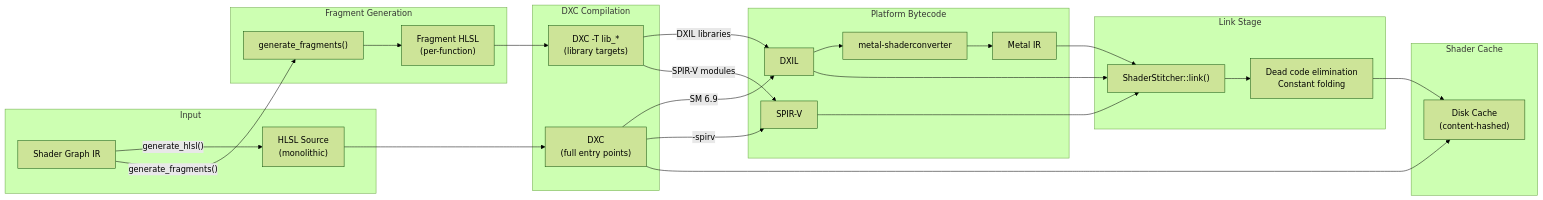
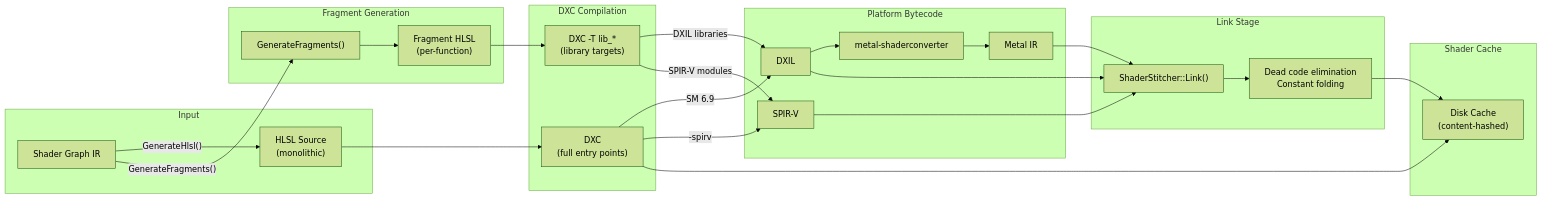
Before and after one commit to harmonius-dev/harmonius: the third of 10 diagrams in docs/design/shader-pipeline.md, drawn with Mermaid (forest theme). The commit also changed other lines of this file and 67 other files, not shown here.

````diff
--- a/docs/design/shader-pipeline.md
+++ b/docs/design/shader-pipeline.md
@@ -219,50 +209,50 @@
 ```mermaid
 flowchart LR
     subgraph input["Input"]
         HLSL["HLSL Source<br/>(monolithic)"]
         SG_IR["Shader Graph IR"]
     end
 
     subgraph fragment_gen["Fragment Generation"]
-        GenFrag["generate_fragments()"]
+        GenFrag["GenerateFragments()"]
         FragHLSL["Fragment HLSL<br/>(per-function)"]
     end
 
     subgraph dxc_stage["DXC Compilation"]
         DXC_Mono["DXC<br/>(full entry points)"]
         DXC_Lib["DXC -T lib_*<br/>(library targets)"]
     end
 
     subgraph bytecode["Platform Bytecode"]
         DXIL["DXIL"]
         SPIRV["SPIR-V"]
         MSC["metal-shaderconverter"]
         MetalIR["Metal IR"]
     end
 
     subgraph link_stage["Link Stage"]
-        Stitch["ShaderStitcher::link()"]
+        Stitch["ShaderStitcher::Link()"]
         LTO["Dead code elimination<br/>Constant folding"]
     end
 
     subgraph cache["Shader Cache"]
         DiskCache["Disk Cache<br/>(content-hashed)"]
     end
 
-    SG_IR -->|"generate_hlsl()"| HLSL
-    SG_IR -->|"generate_fragments()"| GenFrag
+    SG_IR -->|"GenerateHlsl()"| HLSL
+    SG_IR -->|"GenerateFragments()"| GenFrag
     GenFrag --> FragHLSL
     HLSL --> DXC_Mono
     FragHLSL --> DXC_Lib
     DXC_Mono -->|"SM 6.9"| DXIL
     DXC_Mono -->|"-spirv"| SPIRV
     DXC_Lib -->|"DXIL libraries"| DXIL
     DXC_Lib -->|"SPIR-V modules"| SPIRV
     DXIL --> MSC --> MetalIR
     DXIL --> Stitch
     SPIRV --> Stitch
     MetalIR --> Stitch
     Stitch --> LTO
     LTO --> DiskCache
     DXC_Mono --> DiskCache
 ```
````
